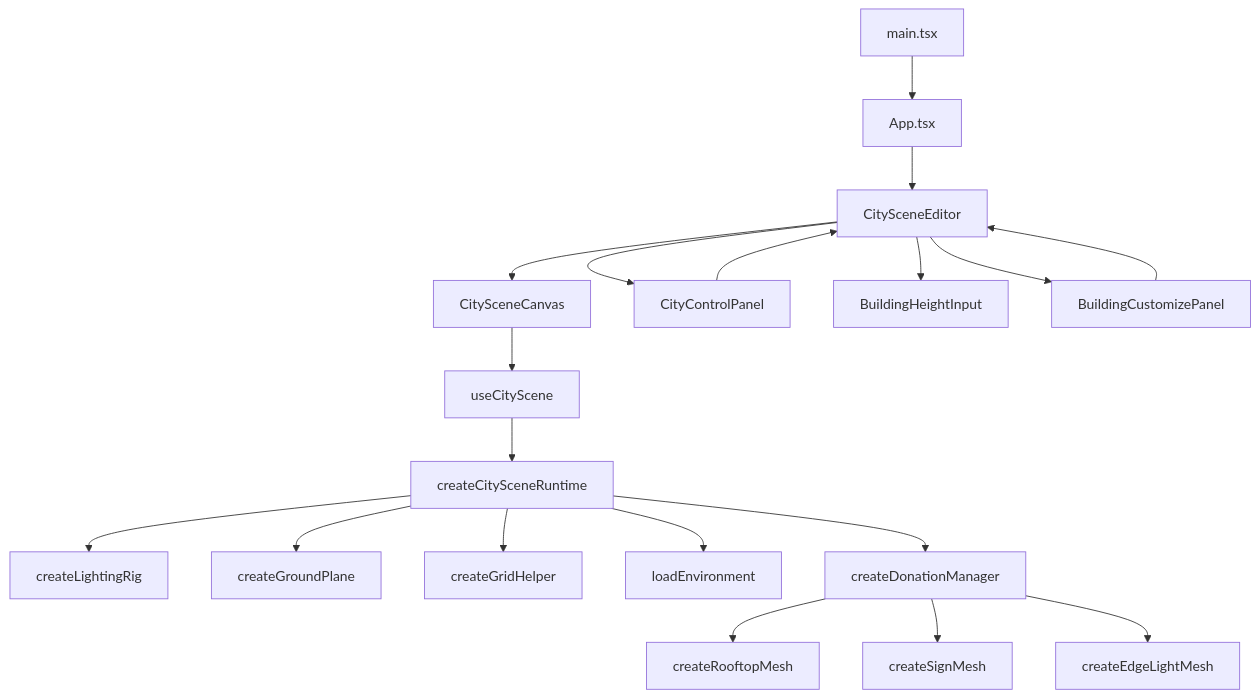
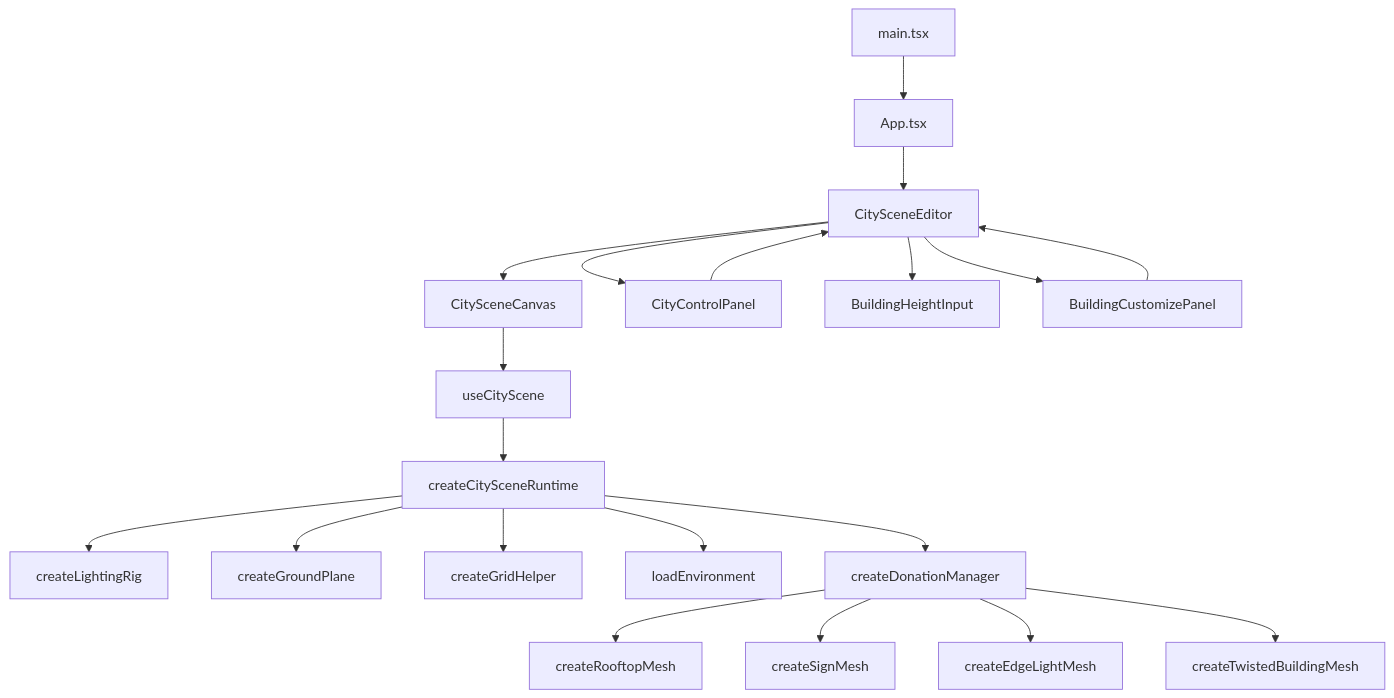
One commit to RaeII/pixcity changed the first of 2 diagrams in doc-pixcity/index.md. Above: the diagram before and after it, drawn with Mermaid. The commit also changed other lines of this file and 13 other files, not shown here.

````diff
--- a/doc-pixcity/index.md
+++ b/doc-pixcity/index.md
@@ -157,21 +158,22 @@
 ```mermaid
 flowchart TD
     A[main.tsx] --> B[App.tsx]
     B --> C[CitySceneEditor]
     C --> D[CitySceneCanvas]
     C --> E[CityControlPanel]
     C --> F[BuildingHeightInput]
     C --> P[BuildingCustomizePanel]
     D --> G[useCityScene]
     G --> H[createCitySceneRuntime]
     H --> I[createLightingRig]
     H --> J[createGroundPlane]
     H --> K[createGridHelper]
     H --> L[loadEnvironment]
     H --> M[createDonationManager]
     M --> N[createRooftopMesh]
     M --> O[createSignMesh]
     M --> Q[createEdgeLightMesh]
+    M --> T[createTwistedBuildingMesh]
     E --> C
     P --> C
 ```
````
